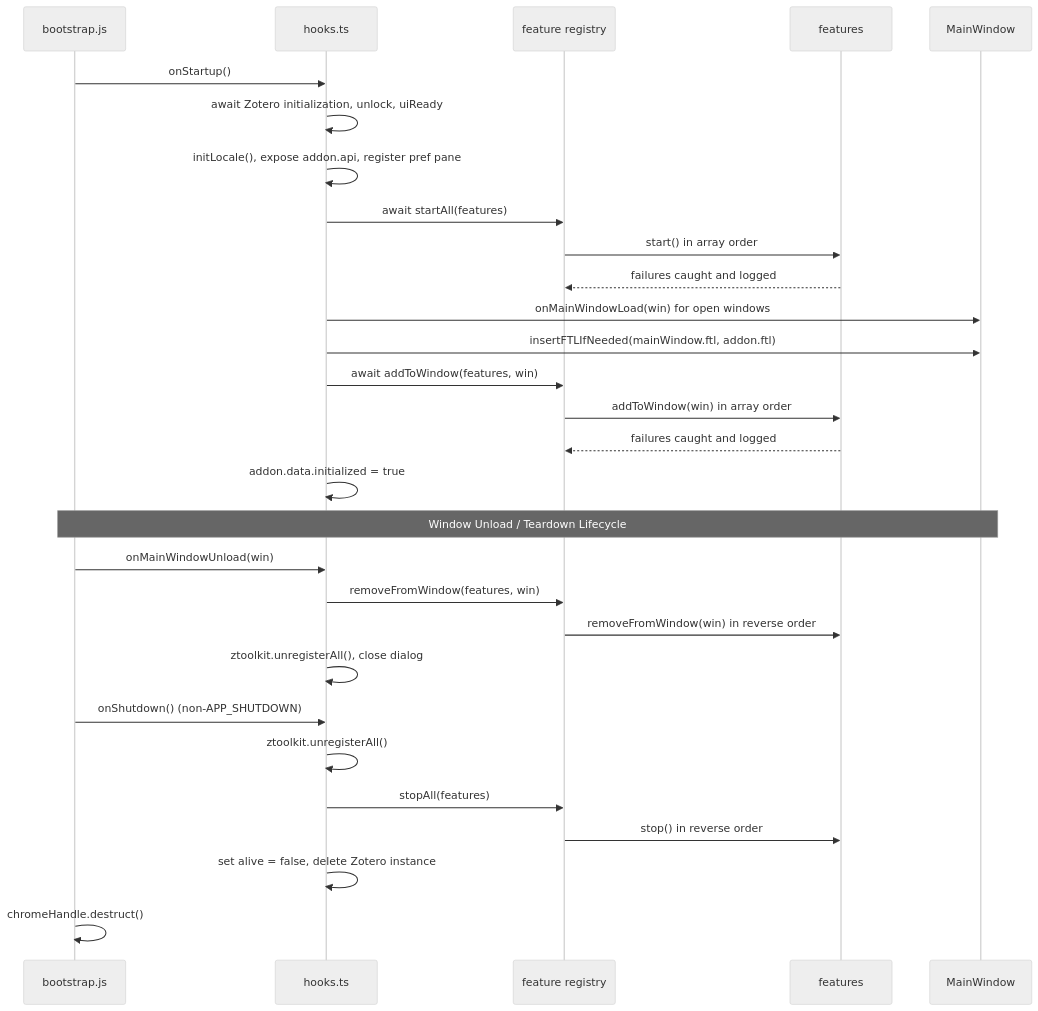
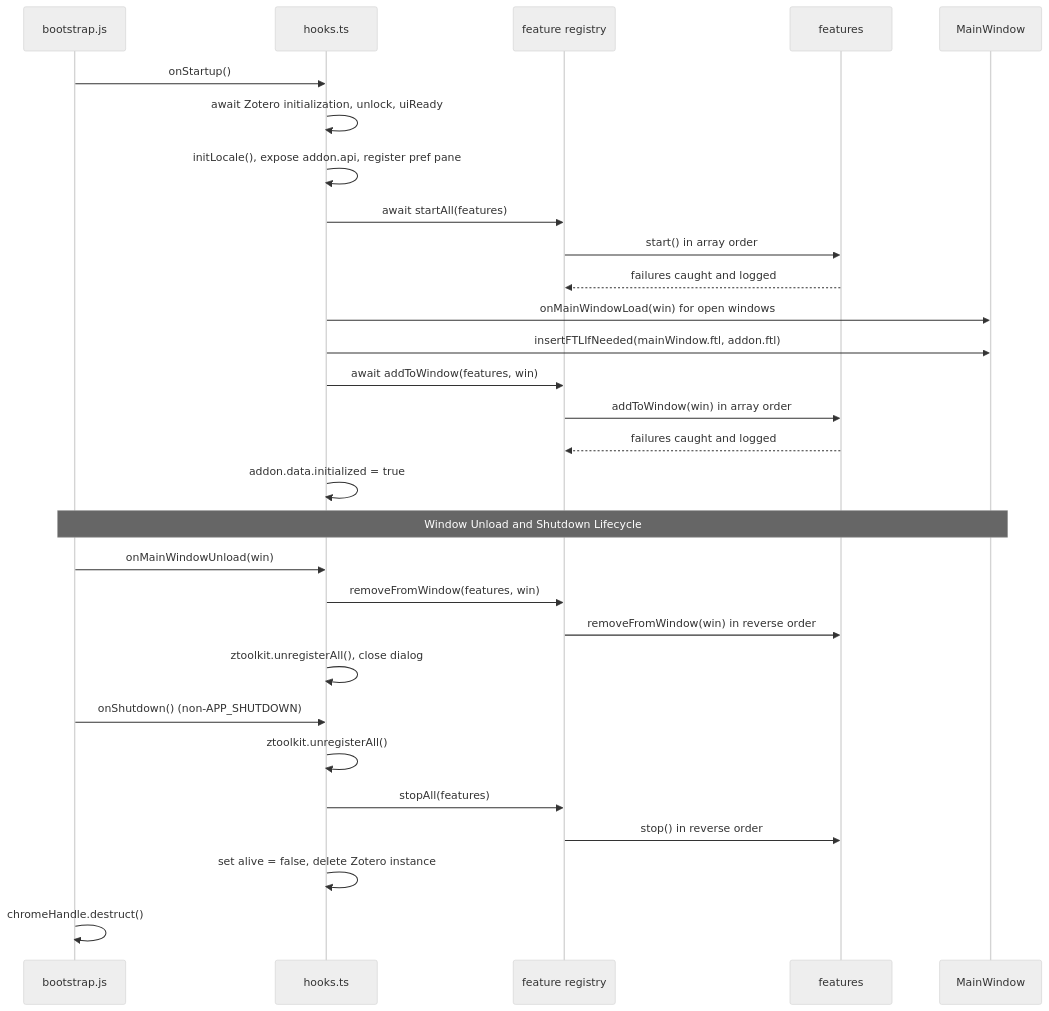
The diagram in openwiki/architecture/feature-lifecycle.md (justanotherjurastudent/zotero_FlexAnnotate), drawn with Mermaid (neutral theme) before and after one commit. The commit also changed other lines of this file and 28 other files, not shown here.

````diff
--- a/openwiki/architecture/feature-lifecycle.md
+++ b/openwiki/architecture/feature-lifecycle.md
@@ -155,34 +202,34 @@
 ```mermaid
 sequenceDiagram
     participant B as bootstrap.js
     participant H as hooks.ts
     participant Reg as feature registry
     participant Feats as features
     participant Win as MainWindow
 
     B->>H: onStartup()
     H->>H: await Zotero initialization, unlock, uiReady
     H->>H: initLocale(), expose addon.api, register pref pane
     H->>Reg: await startAll(features)
     Reg->>Feats: start() in array order
     Feats-->>Reg: failures caught and logged
     H->>Win: onMainWindowLoad(win) for open windows
     H->>Win: insertFTLIfNeeded(mainWindow.ftl, addon.ftl)
     H->>Reg: await addToWindow(features, win)
     Reg->>Feats: addToWindow(win) in array order
     Feats-->>Reg: failures caught and logged
     H->>H: addon.data.initialized = true
 
-    Note over B,Win: Window Unload / Teardown Lifecycle
+    Note over B,Win: Window Unload and Shutdown Lifecycle
 
     B->>H: onMainWindowUnload(win)
     H->>Reg: removeFromWindow(features, win)
     Reg->>Feats: removeFromWindow(win) in reverse order
     H->>H: ztoolkit.unregisterAll(), close dialog
     B->>H: onShutdown() (non-APP_SHUTDOWN)
     H->>H: ztoolkit.unregisterAll()
     H->>Reg: stopAll(features)
     Reg->>Feats: stop() in reverse order
     H->>H: set alive = false, delete Zotero instance
     B->>B: chromeHandle.destruct()
 ```
````
